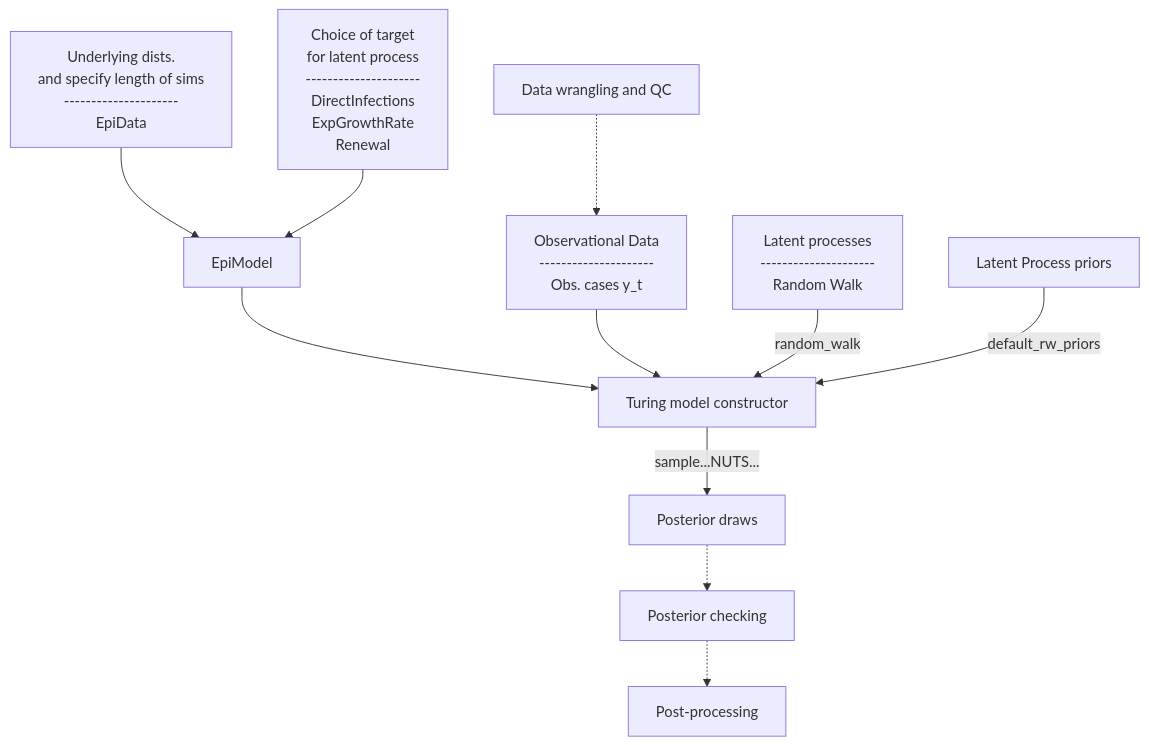
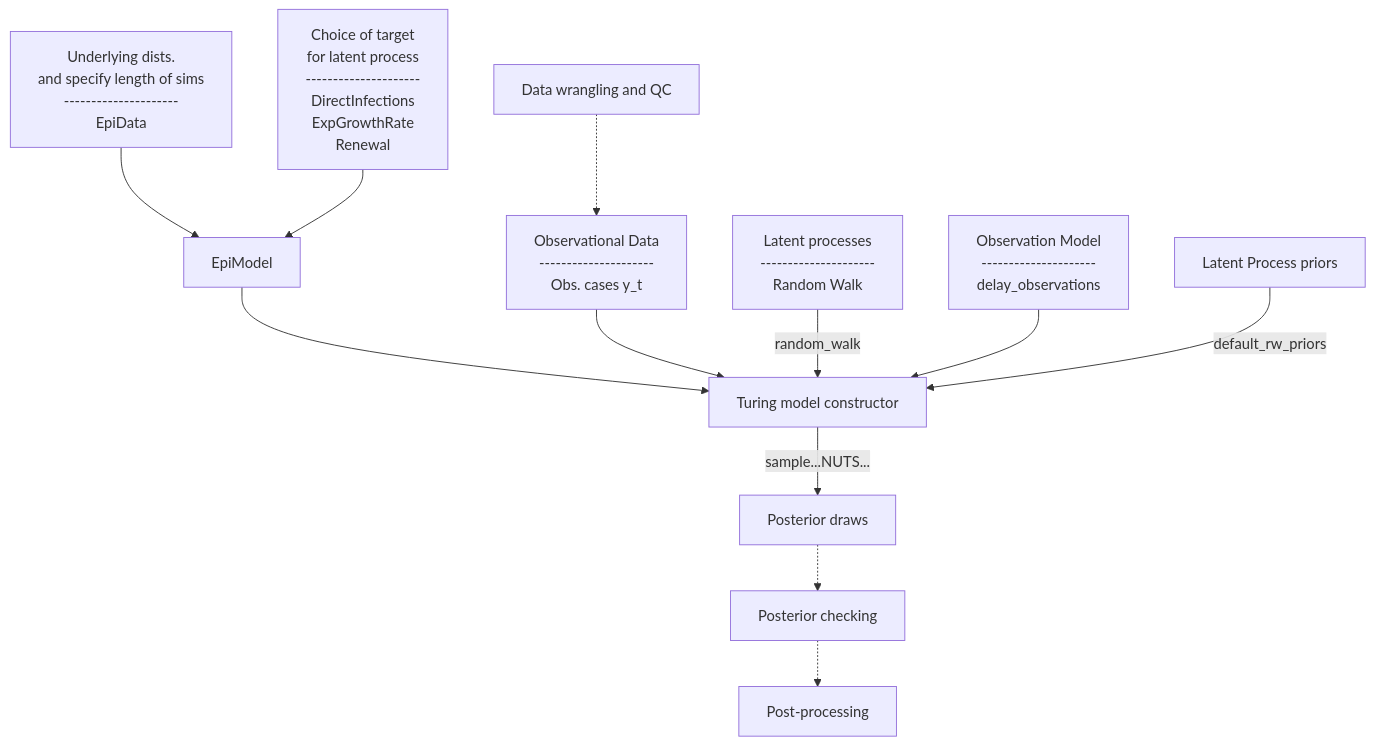
The diagram in EpiAware/README.md (CDCgov/Rt-without-renewal), drawn with Mermaid before and after one commit.

Commit message:
Add observation model box to diagram

````diff
--- a/EpiAware/README.md
+++ b/EpiAware/README.md
@@ -9,39 +9,43 @@
 ```mermaid
 flowchart TD
 
     A["Underlying dists.
 and specify length of sims
 ---------------------
 EpiData"]
 
     B["Choice of target
 for latent process
 ---------------------
 DirectInfections
     ExpGrowthRate
     Renewal"]
 
 C["Observational Data
 ---------------------
 Obs. cases y_t"]
 D["Latent processes
 ---------------------
 Random Walk"]
 E[Turing model constructor]
 F["Latent Process priors"]
 G[Posterior draws]
 H[Posterior checking]
 I[Post-processing]
 DataW[Data wrangling and QC]
+J["Observation Model
+---------------------
+delay_observations"]
 
-    A --> EpiModel
-    B --> EpiModel
-    EpiModel -->E
-    C-->E
-    D-->|random_walk| E
+A --> EpiModel
+B --> EpiModel
+EpiModel -->E
+C-->E
+D-->|random_walk| E
+J-->E
 F-->|default_rw_priors|E
 E-->|sample...NUTS...| G
 G-.->H
 H-.->I
 DataW-.->C
 ```
````
